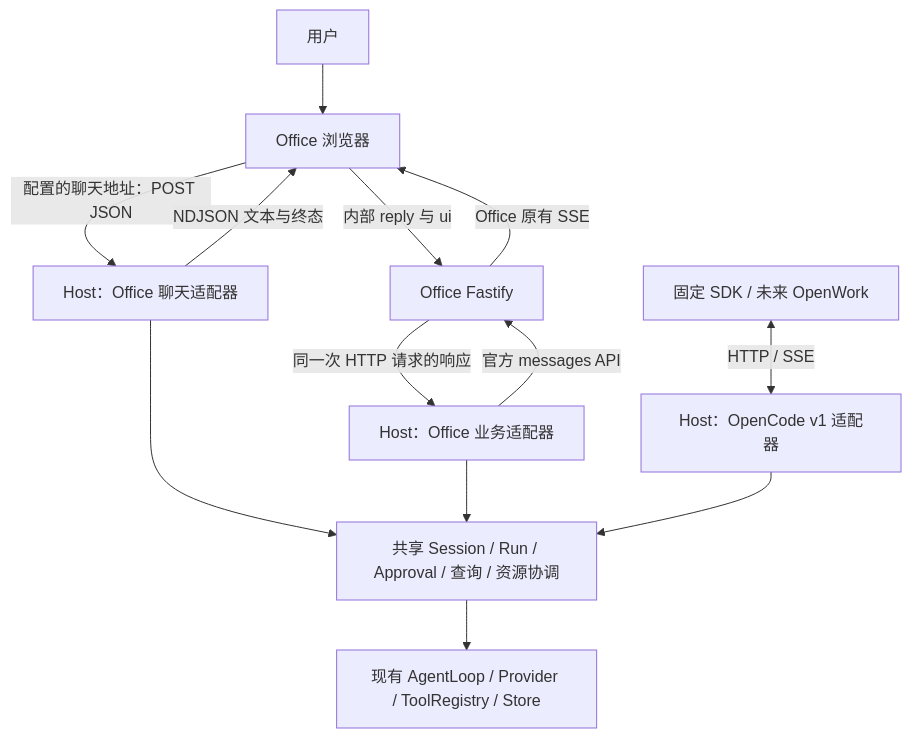
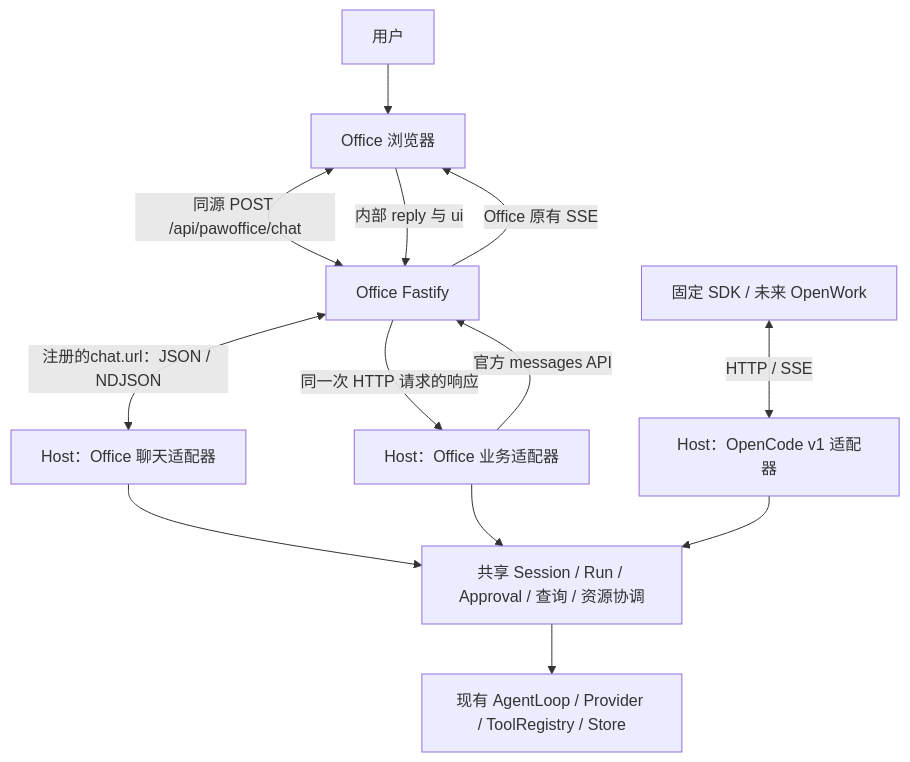
Before and after one commit to KunlunMeta-Limited/openpaw: the second of 9 diagrams in docs/engine-host/master.md, drawn with Mermaid. The commit also changed other lines of this file and 27 other files, not shown here.

```diff
--- a/docs/engine-host/master.md
+++ b/docs/engine-host/master.md
@@ -137,15 +137,15 @@
 ~~~mermaid
 flowchart TB
     U[用户] --> B[Office 浏览器]
-    B -->|配置的聊天地址：POST JSON| C[Host：Office 聊天适配器]
-    C -->|NDJSON 文本与终态| B
+    B <-->|同源 POST /api/pawoffice/chat| F[Office Fastify]
+    F <-->|注册的chat.url：JSON / NDJSON| C[Host：Office 聊天适配器]
     B -->|内部 reply 与 ui| F[Office Fastify]
     F -->|Office 原有 SSE| B
     A[Host：Office 业务适配器] -->|官方 messages API| F
     F -->|同一次 HTTP 请求的响应| A
     C --> H[共享 Session / Run / Approval / 查询 / 资源协调]
     A --> H
     W[固定 SDK / 未来 OpenWork] <-->|HTTP / SSE| O[Host：OpenCode v1 适配器]
     O --> H
     H --> E[现有 AgentLoop / Provider / ToolRegistry / Store]
 ~~~
```
